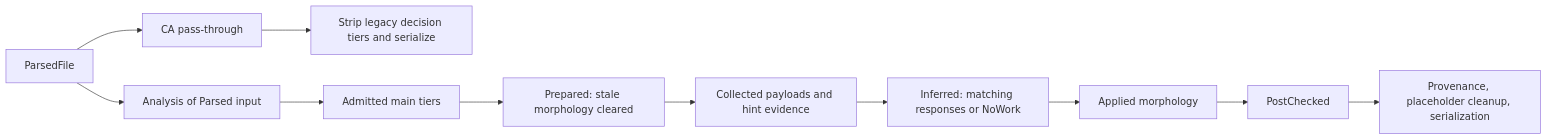
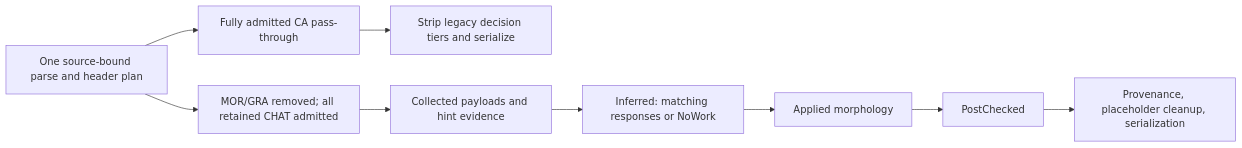
One commit to FranklinChen/talkbank-tools changed the first of 3 diagrams in book/src/batchalign/developer/commands/morphotag.md. Above: the diagram before and after it, drawn with Mermaid. The commit also changed other lines of this file and 412 other files, not shown here.

````diff
--- a/book/src/batchalign/developer/commands/morphotag.md
+++ b/book/src/batchalign/developer/commands/morphotag.md
@@ -37,13 +37,11 @@
 ```mermaid
 flowchart LR
-    P["ParsedFile"] --> CA["CA pass-through"]
+    P["One source-bound parse and header plan"] --> CA["Fully admitted CA pass-through"]
     CA --> CS["Strip legacy decision tiers and serialize"]
-    P --> A["Analysis of Parsed input"]
-    A --> V["Admitted main tiers"]
-    V --> C["Prepared: stale morphology cleared"]
-    C --> B["Collected payloads and hint evidence"]
+    P --> A["MOR/GRA removed; all retained CHAT admitted"]
+    A --> B["Collected payloads and hint evidence"]
     B --> I["Inferred: matching responses or NoWork"]
     I --> R["Applied morphology"]
     R --> K["PostChecked"]
     K --> S["Provenance, placeholder cleanup, serialization"]
 ```
````
